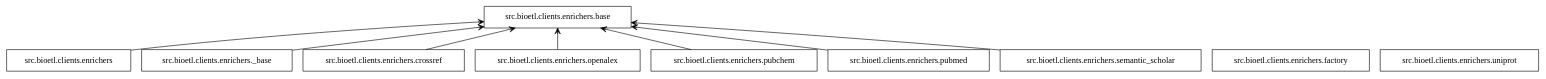
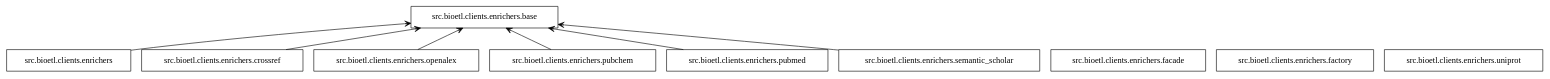
One commit to SatoryKono/bioactivity_data_acquisition changed the diagram in packages_bioetl_clients_enrichers.dot. Above: the diagram before and after it, drawn with Graphviz. The commit also changed 34 other files, not shown here.

```diff
--- a/packages_bioetl_clients_enrichers.dot
+++ b/packages_bioetl_clients_enrichers.dot
@@ -1,21 +1,20 @@
 digraph "packages_bioetl_clients_enrichers" {
 rankdir=BT
 charset="utf-8"
 "src.bioetl.clients.enrichers" [color="black", label=<src.bioetl.clients.enrichers>, shape="box", style="solid"];
-"src.bioetl.clients.enrichers._base" [color="black", label=<src.bioetl.clients.enrichers._base>, shape="box", style="solid"];
 "src.bioetl.clients.enrichers.base" [color="black", label=<src.bioetl.clients.enrichers.base>, shape="box", style="solid"];
 "src.bioetl.clients.enrichers.crossref" [color="black", label=<src.bioetl.clients.enrichers.crossref>, shape="box", style="solid"];
+"src.bioetl.clients.enrichers.facade" [color="black", label=<src.bioetl.clients.enrichers.facade>, shape="box", style="solid"];
 "src.bioetl.clients.enrichers.factory" [color="black", label=<src.bioetl.clients.enrichers.factory>, shape="box", style="solid"];
 "src.bioetl.clients.enrichers.openalex" [color="black", label=<src.bioetl.clients.enrichers.openalex>, shape="box", style="solid"];
 "src.bioetl.clients.enrichers.pubchem" [color="black", label=<src.bioetl.clients.enrichers.pubchem>, shape="box", style="solid"];
 "src.bioetl.clients.enrichers.pubmed" [color="black", label=<src.bioetl.clients.enrichers.pubmed>, shape="box", style="solid"];
 "src.bioetl.clients.enrichers.semantic_scholar" [color="black", label=<src.bioetl.clients.enrichers.semantic_scholar>, shape="box", style="solid"];
 "src.bioetl.clients.enrichers.uniprot" [color="black", label=<src.bioetl.clients.enrichers.uniprot>, shape="box", style="solid"];
 "src.bioetl.clients.enrichers" -> "src.bioetl.clients.enrichers.base" [arrowhead="open", arrowtail="none"];
-"src.bioetl.clients.enrichers._base" -> "src.bioetl.clients.enrichers.base" [arrowhead="open", arrowtail="none"];
 "src.bioetl.clients.enrichers.crossref" -> "src.bioetl.clients.enrichers.base" [arrowhead="open", arrowtail="none"];
 "src.bioetl.clients.enrichers.openalex" -> "src.bioetl.clients.enrichers.base" [arrowhead="open", arrowtail="none"];
 "src.bioetl.clients.enrichers.pubchem" -> "src.bioetl.clients.enrichers.base" [arrowhead="open", arrowtail="none"];
 "src.bioetl.clients.enrichers.pubmed" -> "src.bioetl.clients.enrichers.base" [arrowhead="open", arrowtail="none"];
 "src.bioetl.clients.enrichers.semantic_scholar" -> "src.bioetl.clients.enrichers.base" [arrowhead="open", arrowtail="none"];
 }
```
